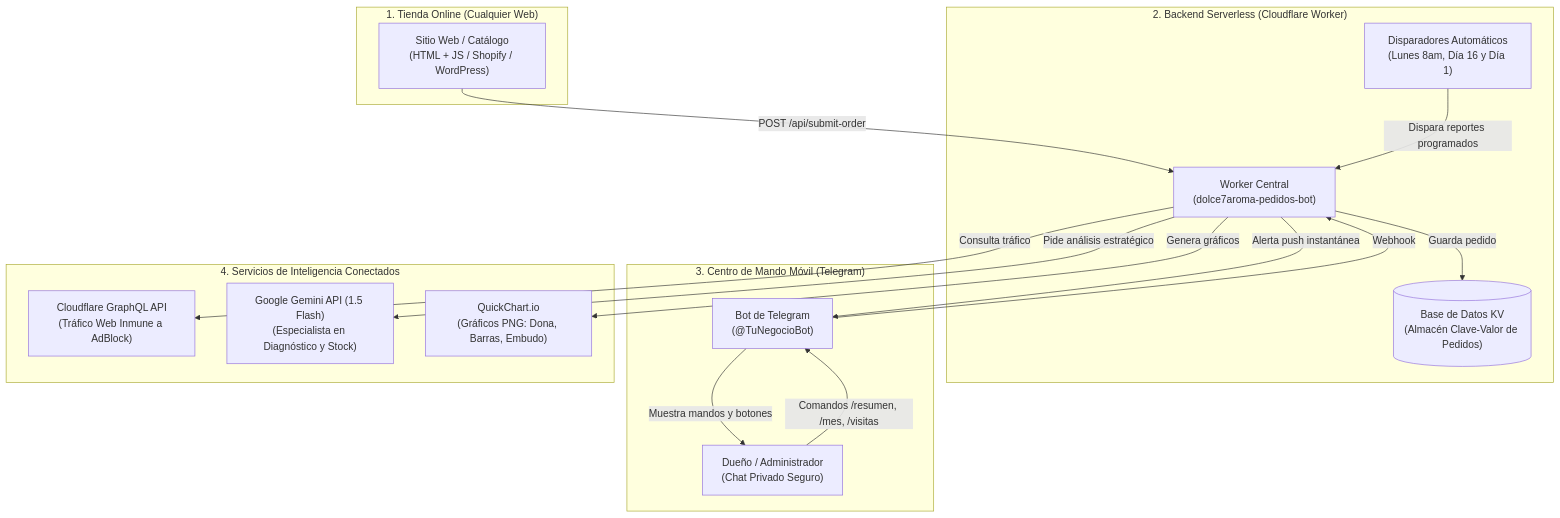
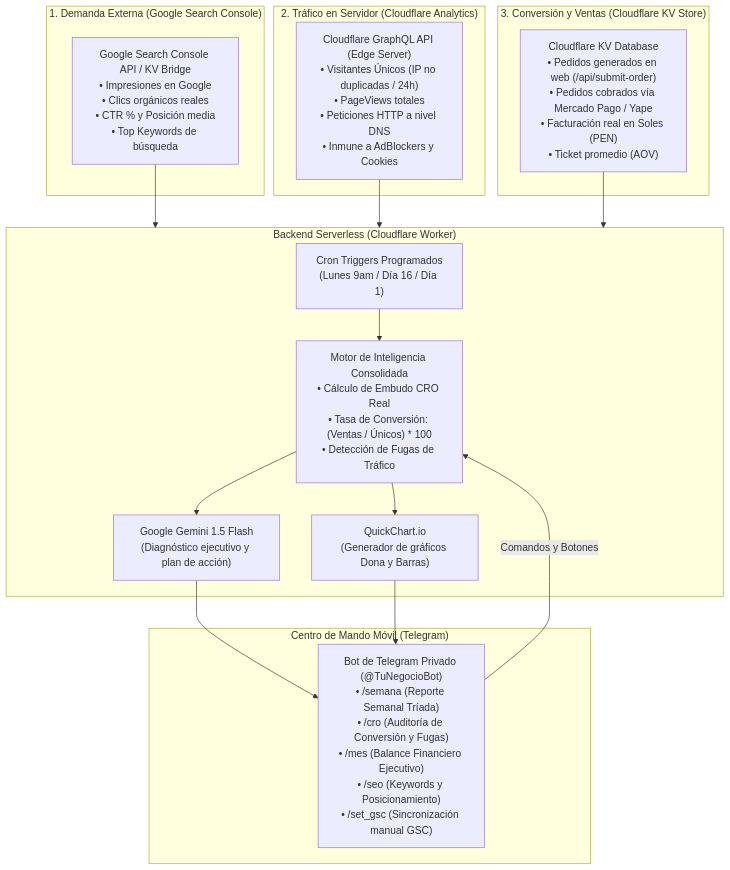
Before and after one commit to dolce7aroma/dolce7aroma.github.io: the diagram in docs/14_GUIA_REPLICACION_ARQUITECTURA_TELEGRAM_CLOUDFLARE.md, drawn with Mermaid. The commit also changed other lines of this file and 2 other files, not shown here.

Commit message:
feat(cro-seo): upgrade catalogue search, link navidad, push-alarm calendar and 3-source blueprint

````diff
--- a/docs/14_GUIA_REPLICACION_ARQUITECTURA_TELEGRAM_CLOUDFLARE.md
+++ b/docs/14_GUIA_REPLICACION_ARQUITECTURA_TELEGRAM_CLOUDFLARE.md
@@ -11,34 +13,35 @@
 ```mermaid
 flowchart TD
-    subgraph FRONTEND ["1. Tienda Online (Cualquier Web)"]
-        WEB["Sitio Web / Catálogo\n(HTML + JS / Shopify / WordPress)"]
+    subgraph FUENTE_1 ["1. Demanda Externa (Google Search Console)"]
+        GSC["Google Search Console API / KV Bridge\n• Impresiones en Google\n• Clics orgánicos reales\n• CTR % y Posición media\n• Top Keywords de búsqueda"]
     end
 
-    subgraph CLOUDFLARE ["2. Backend Serverless (Cloudflare Worker)"]
-        WORKER["Worker Central\n(dolce7aroma-pedidos-bot)"]
-        KV[("Base de Datos KV\n(Almacén Clave-Valor de Pedidos)")]
-        CRON["Disparadores Automáticos\n(Lunes 8am, Día 16 y Día 1)"]
+    subgraph FUENTE_2 ["2. Tráfico en Servidor (Cloudflare Analytics)"]
+        CF["Cloudflare GraphQL API (Edge Server)\n• Visitantes Únicos (IP no duplicadas / 24h)\n• PageViews totales\n• Peticiones HTTP a nivel DNS\n• Inmune a AdBlockers y Cookies"]
     end
 
-    subgraph TELEGRAM ["3. Centro de Mando Móvil (Telegram)"]
-        BOT["Bot de Telegram\n(@TuNegocioBot)"]
-        ADMIN["Dueño / Administrador\n(Chat Privado Seguro)"]
+    subgraph FUENTE_3 ["3. Conversión y Ventas (Cloudflare KV Store)"]
+        KV["Cloudflare KV Database\n• Pedidos generados en web (/api/submit-order)\n• Pedidos cobrados vía Mercado Pago / Yape\n• Facturación real en Soles (PEN)\n• Ticket promedio (AOV)"]
     end
 
-    subgraph EXTERNAL ["4. Servicios de Inteligencia Conectados"]
-        CF_ANALYTICS["Cloudflare GraphQL API\n(Tráfico Web Inmune a AdBlock)"]
-        GEMINI["Google Gemini API (1.5 Flash)\n(Especialista en Diagnóstico y Stock)"]
-        QUICKCHART["QuickChart.io\n(Gráficos PNG: Dona, Barras, Embudo)"]
+    subgraph WORKER ["Backend Serverless (Cloudflare Worker)"]
+        CRON["Cron Triggers Programados\n(Lunes 9am / Día 16 / Día 1)"]
+        ENGINE["Motor de Inteligencia Consolidada\n• Cálculo de Embudo CRO Real\n• Tasa de Conversión: (Ventas / Únicos) * 100\n• Detección de Fugas de Tráfico"]
+        GEMINI["Google Gemini 1.5 Flash\n(Diagnóstico ejecutivo y plan de acción)"]
+        QC["QuickChart.io\n(Generador de gráficos Dona y Barras)"]
     end
 
-    WEB -->|POST /api/submit-order| WORKER
-    WORKER -->|Guarda pedido| KV
-    WORKER -->|Alerta push instantánea| BOT
-    BOT -->|Muestra mandos y botones| ADMIN
-    ADMIN -->|Comandos /resumen, /mes, /visitas| BOT
-    BOT -->|Webhook| WORKER
-    WORKER -->|Consulta tráfico| CF_ANALYTICS
-    WORKER -->|Pide análisis estratégico| GEMINI
-    WORKER -->|Genera gráficos| QUICKCHART
-    CRON -->|Dispara reportes programados| WORKER
+    subgraph TELEGRAM ["Centro de Mando Móvil (Telegram)"]
+        BOT["Bot de Telegram Privado (@TuNegocioBot)\n• /semana (Reporte Semanal Tríada)\n• /cro (Auditoría de Conversión y Fugas)\n• /mes (Balance Financiero Ejecutivo)\n• /seo (Keywords y Posicionamiento)\n• /set_gsc (Sincronización manual GSC)"]
+    end
+
+    GSC --> WORKER
+    CF --> WORKER
+    KV --> WORKER
+    CRON --> ENGINE
+    ENGINE --> GEMINI
+    ENGINE --> QC
+    GEMINI --> BOT
+    QC --> BOT
+    BOT -->|Comandos y Botones| ENGINE
 ```
````
